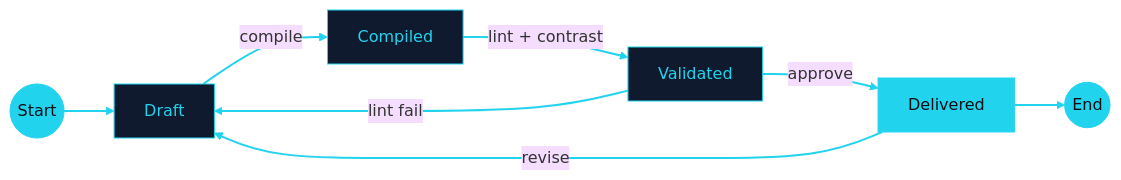
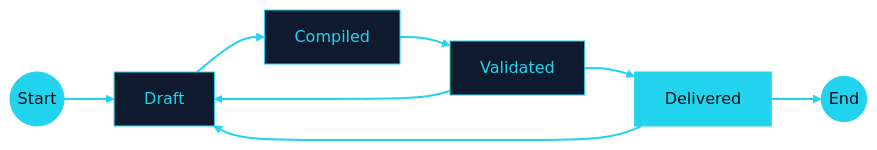
One commit to adewale/slide-maker changed the fourth of 4 diagrams in examples/reference/pages/code.md. Above: the diagram before and after it, drawn with Mermaid (base theme). The commit also changed other lines of this file and 1 other file, not shown here.

First line of the commit message:
Remove Mermaid edge labels on dark backgrounds, update heuristics

````diff
--- a/examples/reference/pages/code.md
+++ b/examples/reference/pages/code.md
@@ -177,17 +176,17 @@
 ```mermaid {scale: 0.85}
 graph LR
   S(("Start")) --> Draft
-  Draft -->|"compile"| Compiled
-  Compiled -->|"lint + contrast"| Validated
-  Validated -->|"approve"| Delivered
-  Validated -->|"lint fail"| Draft
-  Delivered -->|"revise"| Draft
+  Draft --> Compiled
+  Compiled --> Validated
+  Validated --> Delivered
+  Validated --> Draft
+  Delivered --> Draft
   Delivered --> E(("End"))
   style S fill:#22d3ee,stroke:#22d3ee,color:#0c0e14
   style E fill:#22d3ee,stroke:#22d3ee,color:#0c0e14
   style Draft fill:#0f1a2e,stroke:#22d3ee,color:#22d3ee
   style Compiled fill:#0f1a2e,stroke:#22d3ee,color:#22d3ee
   style Validated fill:#0f1a2e,stroke:#22d3ee,color:#22d3ee
   style Delivered fill:#22d3ee,stroke:#22d3ee,color:#0c0e14
   linkStyle default stroke:#22d3ee,stroke-width:2px
 ```
````
